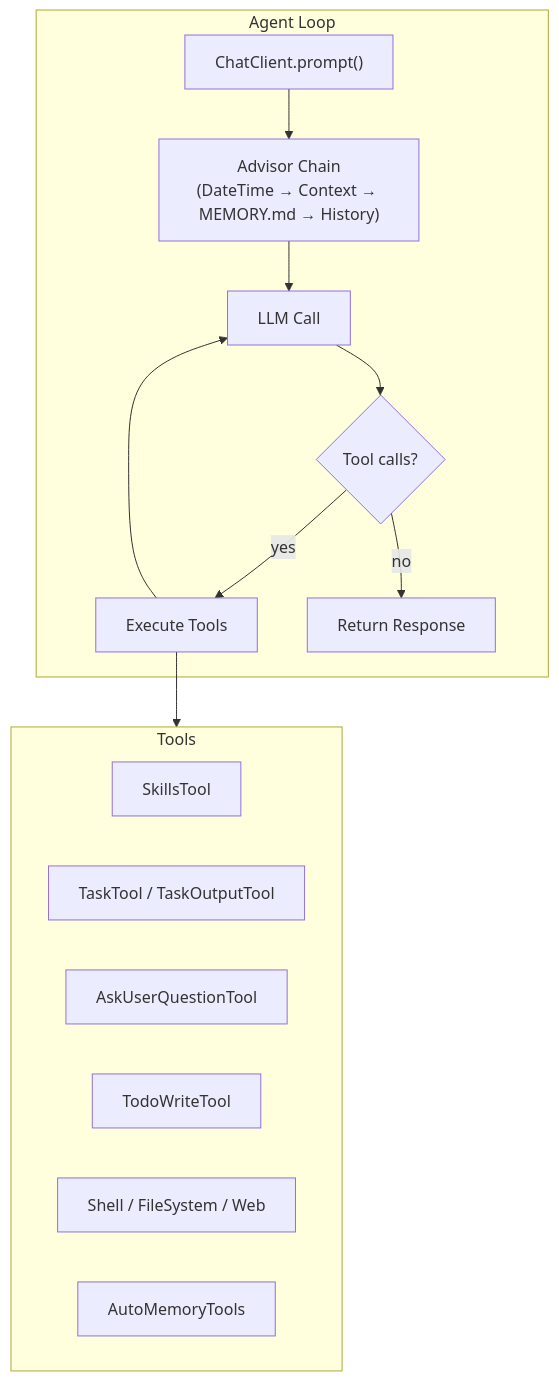
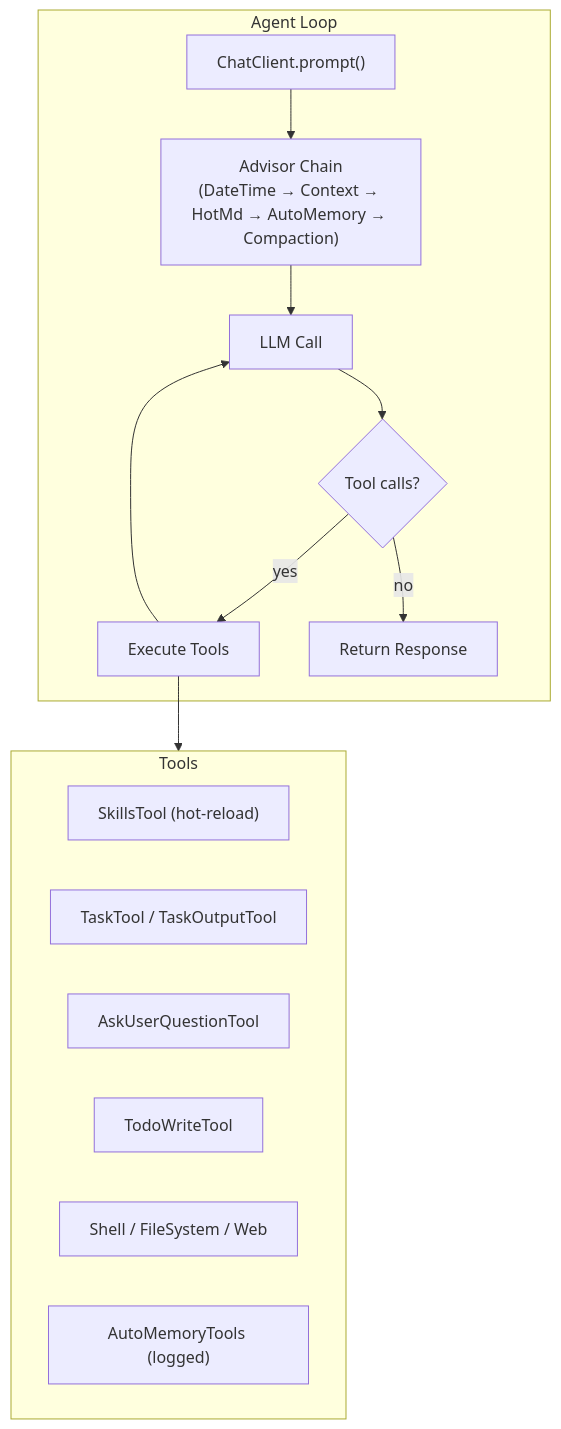
The third of 4 diagrams in README.md (dbbaskette/herald), drawn with Mermaid before and after one commit. The commit also changed other lines of this file, not shown here.

````diff
--- a/README.md
+++ b/README.md
@@ -448,22 +480,22 @@
 ```mermaid
 flowchart TB
     subgraph Agent Loop
-        A["ChatClient.prompt()"] --> B["Advisor Chain<br/>(DateTime → Context → MEMORY.md → History)"]
+        A["ChatClient.prompt()"] --> B["Advisor Chain<br/>(DateTime → Context → HotMd → AutoMemory → Compaction)"]
         B --> C["LLM Call"]
         C --> D{Tool calls?}
         D -->|yes| E["Execute Tools"]
         E --> C
         D -->|no| F["Return Response"]
     end
 
     subgraph Tools
-        G["SkillsTool"]
+        G["SkillsTool (hot-reload)"]
         H["TaskTool / TaskOutputTool"]
         I["AskUserQuestionTool"]
         J["TodoWriteTool"]
         K["Shell / FileSystem / Web"]
-        L["AutoMemoryTools"]
+        L["AutoMemoryTools (logged)"]
     end
 
     E --> Tools
 ```
````
